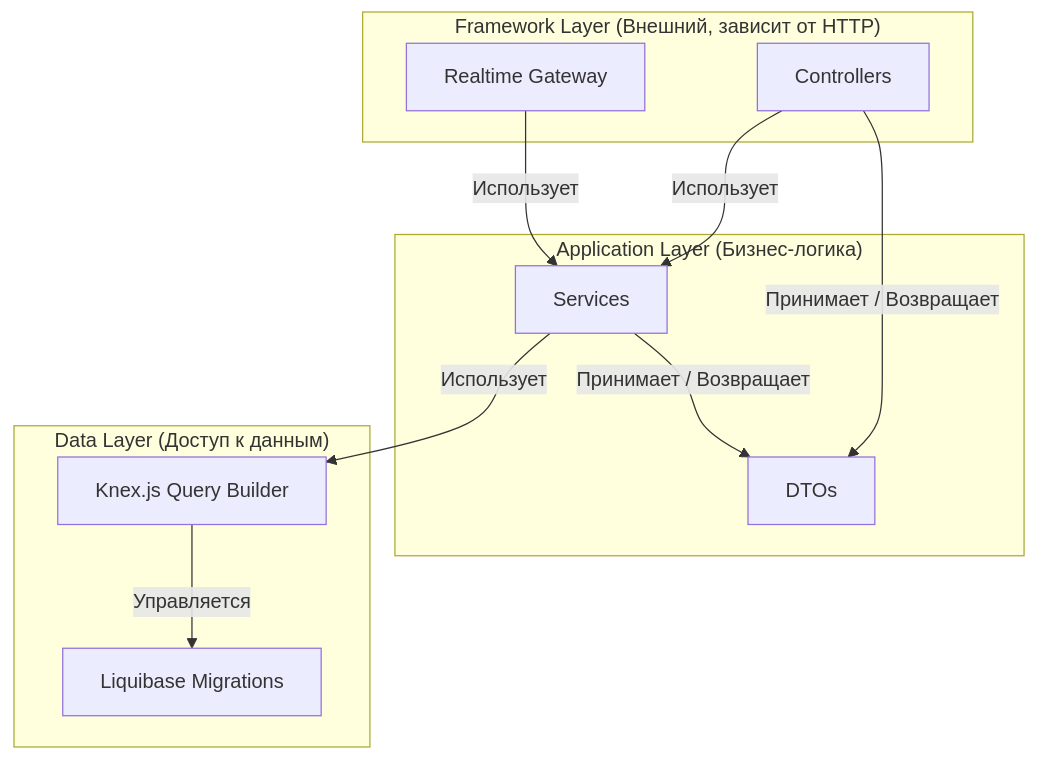
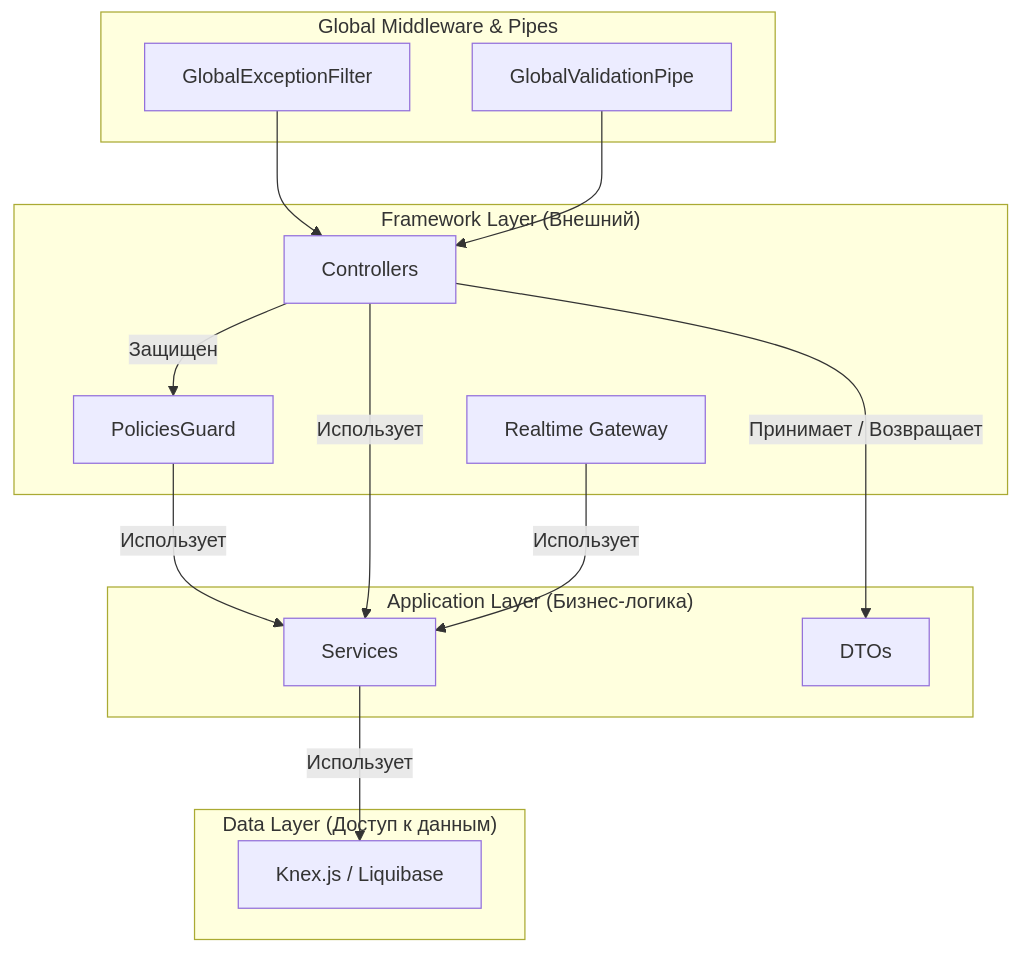
The diagram in docs/Layer Guides.md (smart-tinker/mutabor), drawn with Mermaid before and after one commit. The commit also changed other lines of this file and 52 other files, not shown here.

````diff
--- a/docs/Layer Guides.md
+++ b/docs/Layer Guides.md
@@ -9,24 +9,31 @@
 ```mermaid
 graph TD
-    subgraph "Framework Layer (Внешний, зависит от HTTP)"
-        A[Controllers]
-        B[Realtime Gateway]
+    subgraph "Global Middleware & Pipes"
+        A[GlobalExceptionFilter]
+        B[GlobalValidationPipe]
+    end
+    
+    subgraph "Framework Layer (Внешний)"
+        C[Controllers]
+        D[Realtime Gateway]
+        E[PoliciesGuard]
     end
 
     subgraph "Application Layer (Бизнес-логика)"
-        C[Services]
-        D[DTOs]
+        F[Services]
+        G[DTOs]
     end
 
     subgraph "Data Layer (Доступ к данным)"
-        E[Knex.js Query Builder]
-        F[Liquibase Migrations]
+        H[Knex.js / Liquibase]
     end
-
-    A -- "Использует" --> C
-    B -- "Использует" --> C
-    C -- "Использует" --> E
-    A -- "Принимает / Возвращает" --> D
-    C -- "Принимает / Возвращает" --> D
-    E -- "Управляется" --> F
+    
+    A --> C
+    B --> C
+    C -- "Защищен" --> E
+    E -- "Использует" --> F
+    C -- "Использует" --> F
+    D -- "Использует" --> F
+    F -- "Использует" --> H
+    C -- "Принимает / Возвращает" --> G
 ```
````
